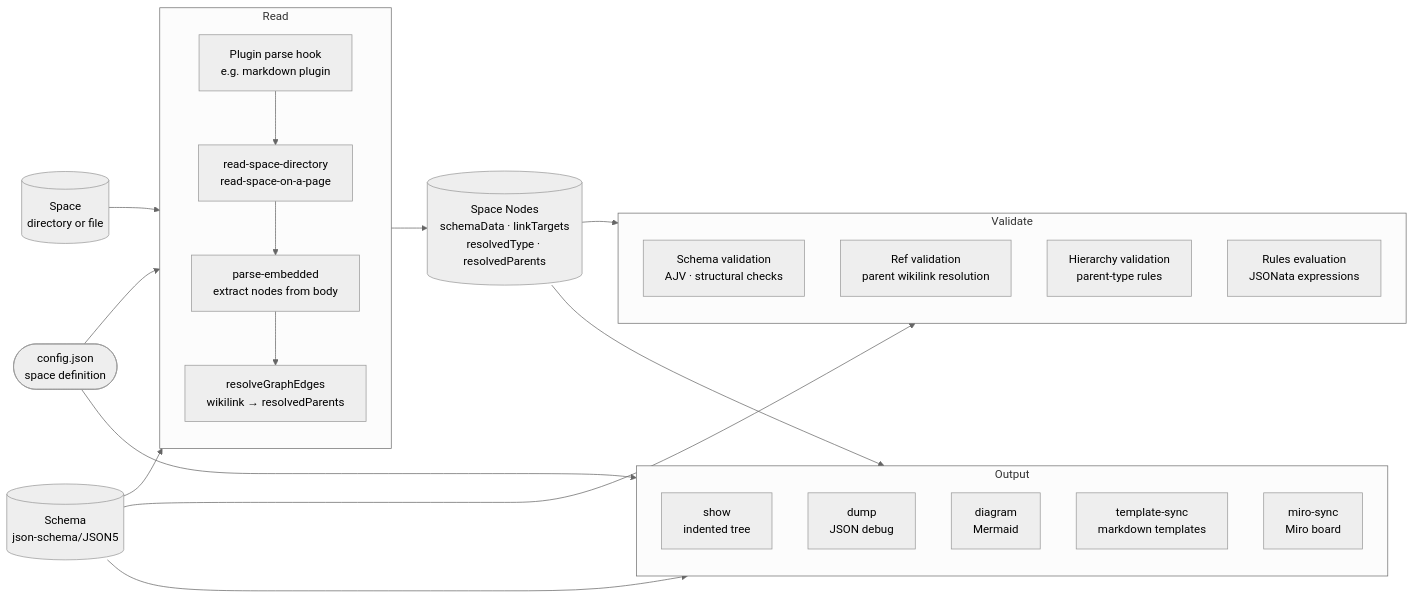
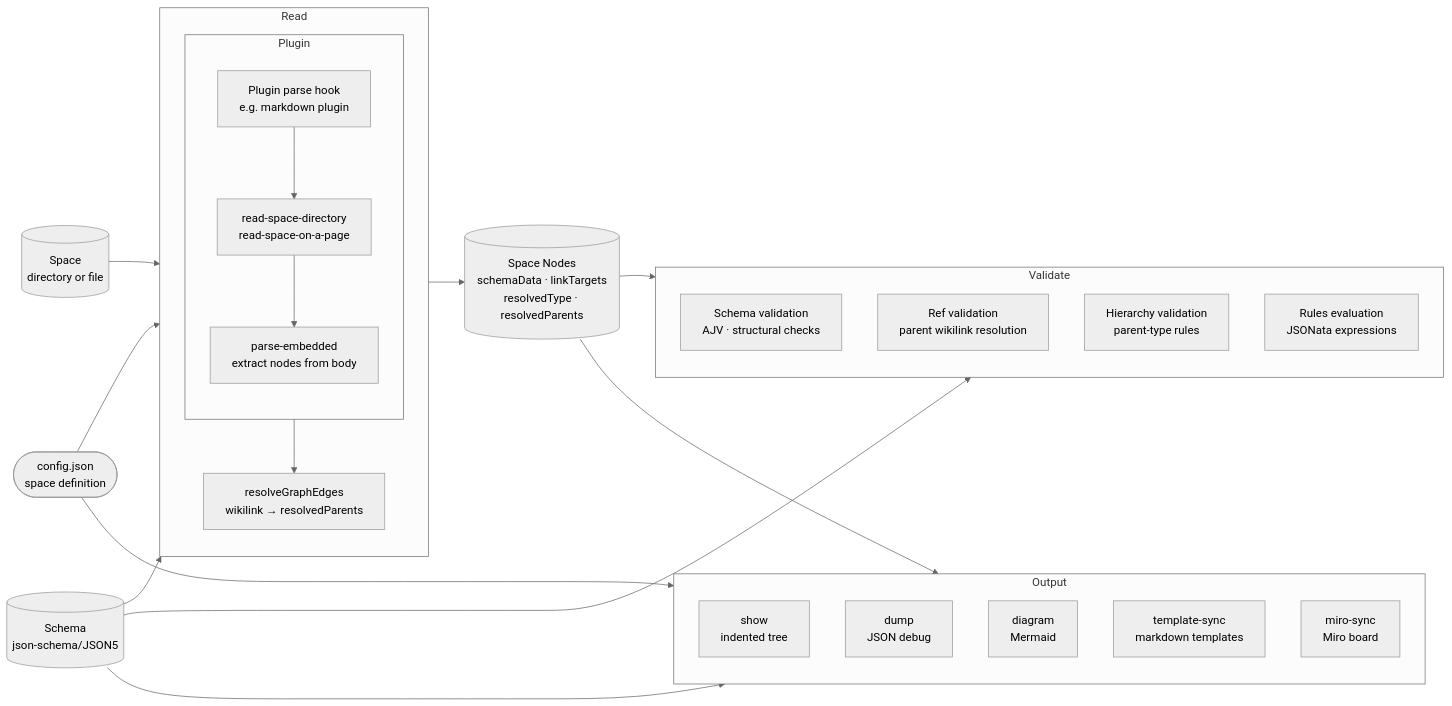
One commit to mindsocket/ost-tools changed the first of 2 diagrams in docs/architecture.md. Above: the diagram before and after it, drawn with Mermaid (neutral theme). The commit also changed 8 other files, not shown here.

First line of the commit message:
refactor: move resolveGraphEdges from plugins to core read layer

````diff
--- a/docs/architecture.md
+++ b/docs/architecture.md
@@ -11,45 +11,48 @@
 ```mermaid
 flowchart LR
     config([config.json<br>space definition])
     schema[(Schema<br>json-schema/JSON5)]
     space[(Space<br>directory or file)]
 
     subgraph read [Read]
         direction TB
-        plugin[Plugin parse hook<br>e.g. markdown plugin]
-        rdir[read-space-directory<br>read-space-on-a-page]
-        embed[parse-embedded<br>extract nodes from body]
+        subgraph plugin_layer [Plugin]
+            direction TB
+            plugin[Plugin parse hook<br>e.g. markdown plugin]
+            rdir[read-space-directory<br>read-space-on-a-page]
+            embed[parse-embedded<br>extract nodes from body]
+            plugin --> rdir
+            rdir --> embed
+        end
         resolve[resolveGraphEdges<br>wikilink → resolvedParents]
-        plugin --> rdir
-        rdir --> embed
-        embed --> resolve
+        plugin_layer --> resolve
     end
 
     nodes[(Space Nodes<br>schemaData · linkTargets<br>resolvedType · resolvedParents)]
 
     subgraph validate [Validate]
         direction TB
         schema_val[Schema validation<br>AJV · structural checks]
         ref_val[Ref validation<br>parent wikilink resolution]
         hier_val[Hierarchy validation<br>parent-type rules]
         rules_val[Rules evaluation<br>JSONata expressions]
     end
 
     subgraph output [Output]
         show[show<br>indented tree]
         dump[dump<br>JSON debug]
         diagram[diagram<br>Mermaid]
         tmpl[template-sync<br>markdown templates]
         miro[miro-sync<br>Miro board]
     end
 
     config --> read
     schema --> read
     space --> read
     read --> nodes
     nodes --> validate
     schema --> validate
     nodes --> output
     schema --> output
     config --> output
 ```
````
